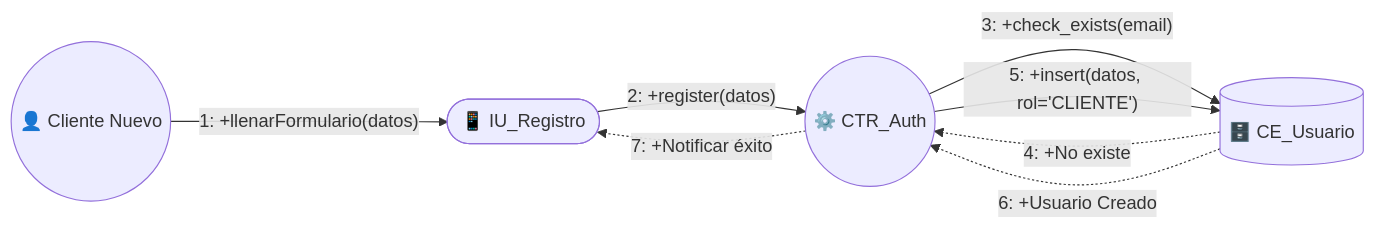
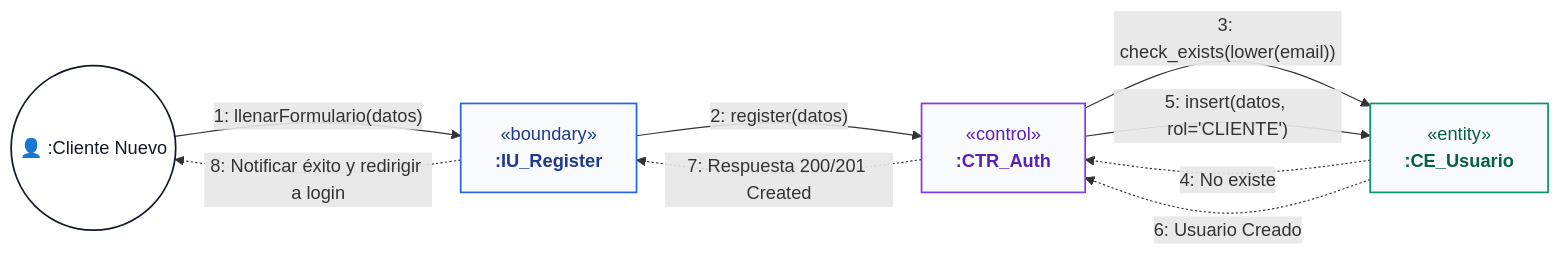
Diagram 12 of 53 in documentos/Ciclo1.md (jc-larry/ecommerce), drawn with Mermaid before and after one commit. The commit also changed other lines of this file and 148 other files, not shown here.

````diff
--- a/documentos/Ciclo1.md
+++ b/documentos/Ciclo1.md
@@ -908,15 +934,22 @@
 ```mermaid
 flowchart LR
-    Actor(("👤 Cliente Nuevo"))
-    IU(["📱 IU_Registro"])
-    CTR(("⚙️ CTR_Auth"))
-    ENT[("🗄️ CE_Usuario")]
+    classDef actorStyle fill:#ffffff,stroke:#111827,stroke-width:1.5px,color:#111827;
+    classDef boundaryStyle fill:#f9fafb,stroke:#2563eb,stroke-width:1.5px,color:#1e3a8a;
+    classDef controlStyle fill:#f9fafb,stroke:#7c3aed,stroke-width:1.5px,color:#5b21b6;
+    classDef entityStyle fill:#f9fafb,stroke:#059669,stroke-width:1.5px,color:#065f46;
+    classDef externalStyle fill:#f9fafb,stroke:#d97706,stroke-width:1.5px,color:#92400e;
 
-    Actor -- "1: +llenarFormulario(datos)" --> IU
-    IU -- "2: +register(datos)" --> CTR
-    CTR -- "3: +check_exists(email)" --> ENT
-    ENT -. "4: +No existe" .-> CTR
-    CTR -- "5: +insert(datos, rol='CLIENTE')" --> ENT
-    ENT -. "6: +Usuario Creado" .-> CTR
-    CTR -. "7: +Notificar éxito" .-> IU
+    C(("👤 :Cliente Nuevo")):::actorStyle
+    IU["&laquo;boundary&raquo;<br/><b>:IU_Register</b>"]:::boundaryStyle
+    CTR["&laquo;control&raquo;<br/><b>:CTR_Auth</b>"]:::controlStyle
+    CE_U["&laquo;entity&raquo;<br/><b>:CE_Usuario</b>"]:::entityStyle
+
+    C -- "1: llenarFormulario(datos)" --> IU
+    IU -- "2: register(datos)" --> CTR
+    CTR -- "3: check_exists(lower(email))" --> CE_U
+    CE_U -. "4: No existe" .-> CTR
+    CTR -- "5: insert(datos, rol='CLIENTE')" --> CE_U
+    CE_U -. "6: Usuario Creado" .-> CTR
+    CTR -. "7: Respuesta 200/201 Created" .-> IU
+    IU -. "8: Notificar éxito y redirigir a login" .-> C
 ```
````
